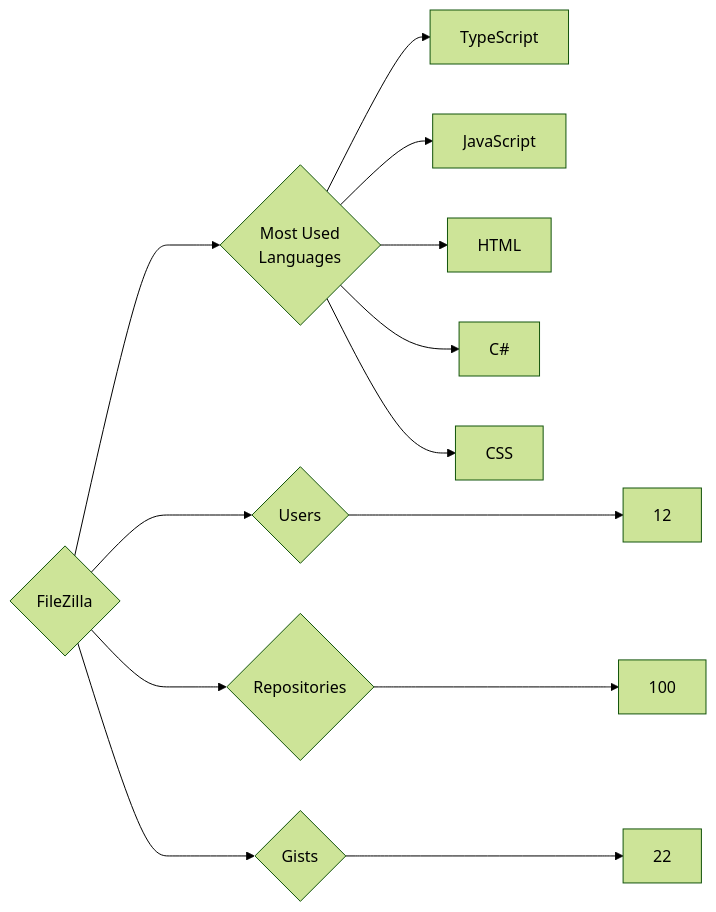
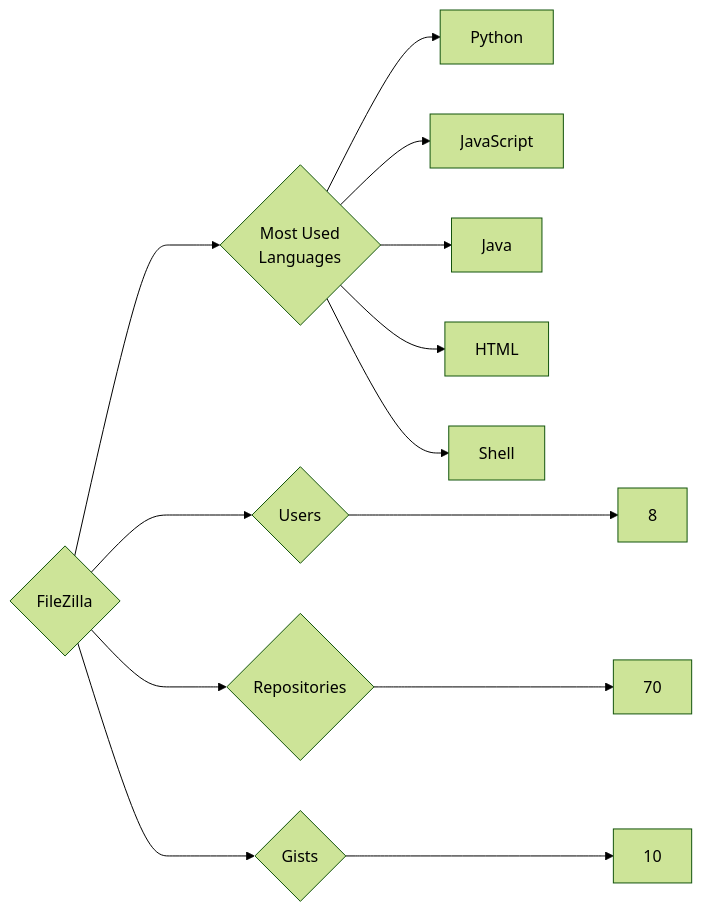
The diagram in targets/FileZilla/README.md (trickest/insiders), drawn with Mermaid (forest theme) before and after one commit. The commit also changed 1170 other files, not shown here.

````diff
--- a/targets/FileZilla/README.md
+++ b/targets/FileZilla/README.md
@@ -3,13 +3,13 @@
 ```mermaid
 graph LR
 COMPANY_NAME{FileZilla}
-COMPANY_NAME ---> U{Users} ---> UN[12]
-COMPANY_NAME ---> R{Repositories} ---> RN[100]
-COMPANY_NAME ---> G{Gists} ---> GN[22]
+COMPANY_NAME ---> U{Users} ---> UN[8]
+COMPANY_NAME ---> R{Repositories} ---> RN[70]
+COMPANY_NAME ---> G{Gists} ---> GN[10]
 COMPANY_NAME ---> ML{Most Used<br>Languages}
-ML --> TypeScript[TypeScript]
+ML --> Python[Python]
 ML --> JavaScript[JavaScript]
+ML --> Java[Java]
 ML --> HTML[HTML]
-ML --> C#[C#]
-ML --> CSS[CSS]
+ML --> Shell[Shell]
 ```
````
